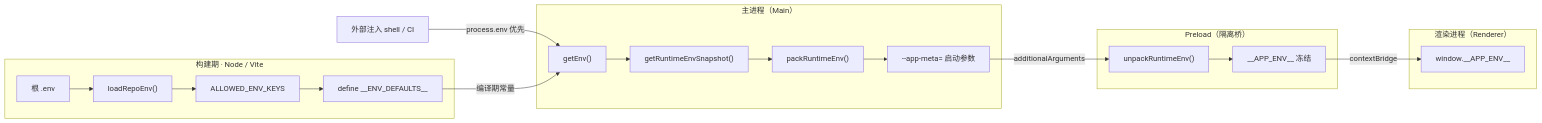
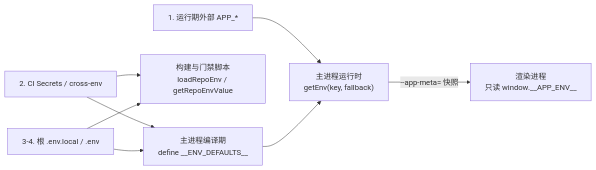
The diagram in packages/docs/src/pages/engineering/env-vars.md (BanShan-Alec/electron-react-monorepo-template), drawn with Mermaid before and after one commit. The commit also changed other lines of this file and 2 other files, not shown here.

````diff
--- a/packages/docs/src/pages/engineering/env-vars.md
+++ b/packages/docs/src/pages/engineering/env-vars.md
@@ -21,29 +29,10 @@
 ```mermaid
 flowchart LR
-  subgraph build["构建期 · Node / Vite"]
-    envFile["根 .env"]
-    loadRepoEnv["loadRepoEnv()"]
-    whitelist["ALLOWED_ENV_KEYS"]
-    defineEnv["define __ENV_DEFAULTS__"]
-    envFile --> loadRepoEnv --> whitelist --> defineEnv
-  end
-  subgraph main["主进程（Main）"]
-    getEnv["getEnv()"]
-    snapshot["getRuntimeEnvSnapshot()"]
-    packed["packRuntimeEnv()"]
-    appMeta["--app-meta= 启动参数"]
-    getEnv --> snapshot --> packed --> appMeta
-  end
-  subgraph preload["Preload（隔离桥）"]
-    unpack["unpackRuntimeEnv()"]
-    expose["__APP_ENV__ 冻结"]
-    unpack --> expose
-  end
-  subgraph renderer["渲染进程（Renderer）"]
-    consume["window.__APP_ENV__"]
-  end
-  external["外部注入 shell / CI"] -->|"process.env 优先"| getEnv
-  defineEnv -->|"编译期常量"| getEnv
-  appMeta -->|"additionalArguments"| unpack
-  expose -->|"contextBridge"| consume
+  S1["1. 运行期外部 APP_*"] --> MRun
+  S2["2. CI Secrets / cross-env"] --> Build
+  S2 --> MBuild
+  S3["3-4. 根 .env.local / .env"] --> Build["构建与门禁脚本<br/>loadRepoEnv / getRepoEnvValue"]
+  S3 --> MBuild["主进程编译期<br/>define __ENV_DEFAULTS__"]
+  MBuild --> MRun["主进程运行时<br/>getEnv(key, fallback)"]
+  MRun -->|"--app-meta= 快照"| RRun["渲染进程<br/>只读 window.__APP_ENV__"]
 ```
````
